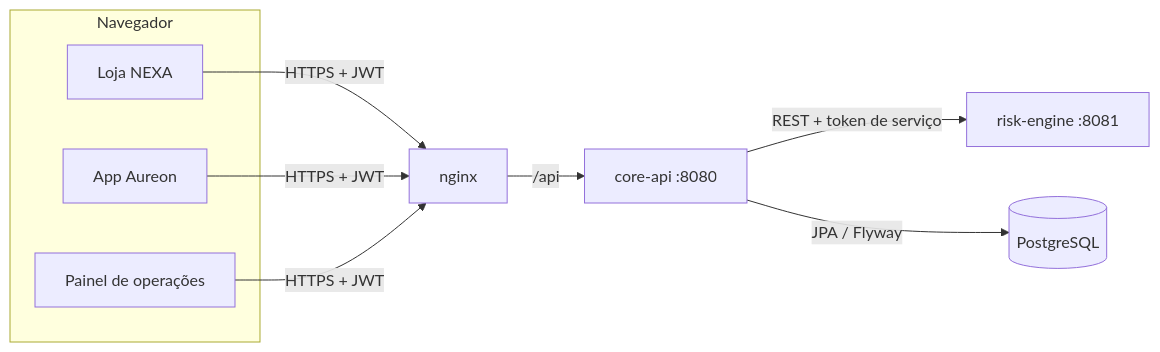
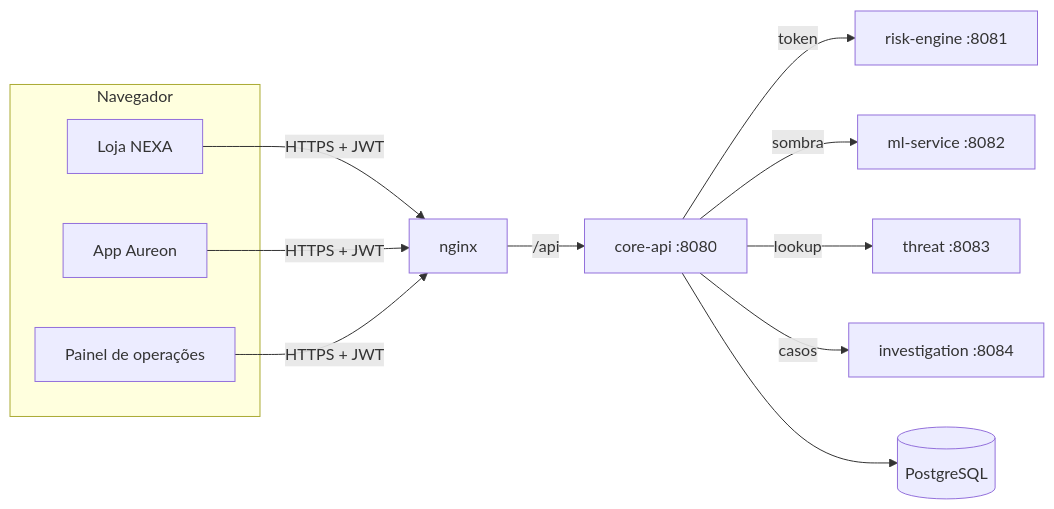
Before and after one commit to kaicmarin/contextshield: the diagram in README.md, drawn with Mermaid. The commit also changed other lines of this file and 121 other files, not shown here.

````diff
--- a/README.md
+++ b/README.md
@@ -21,12 +30,15 @@
 ```mermaid
 flowchart LR
   subgraph Navegador
     L[Loja NEXA]
     B[App Aureon]
     P[Painel de operações]
   end
   L & B & P -->|HTTPS + JWT| N[nginx]
   N -->|/api| C[core-api :8080]
-  C -->|REST + token de serviço| R[risk-engine :8081]
-  C -->|JPA / Flyway| D[(PostgreSQL)]
+  C -->|token| R[risk-engine :8081]
+  C -->|sombra| M[ml-service :8082]
+  C -->|lookup| T[threat :8083]
+  C -->|casos| I[investigation :8084]
+  C --> D[(PostgreSQL)]
 ```
````
